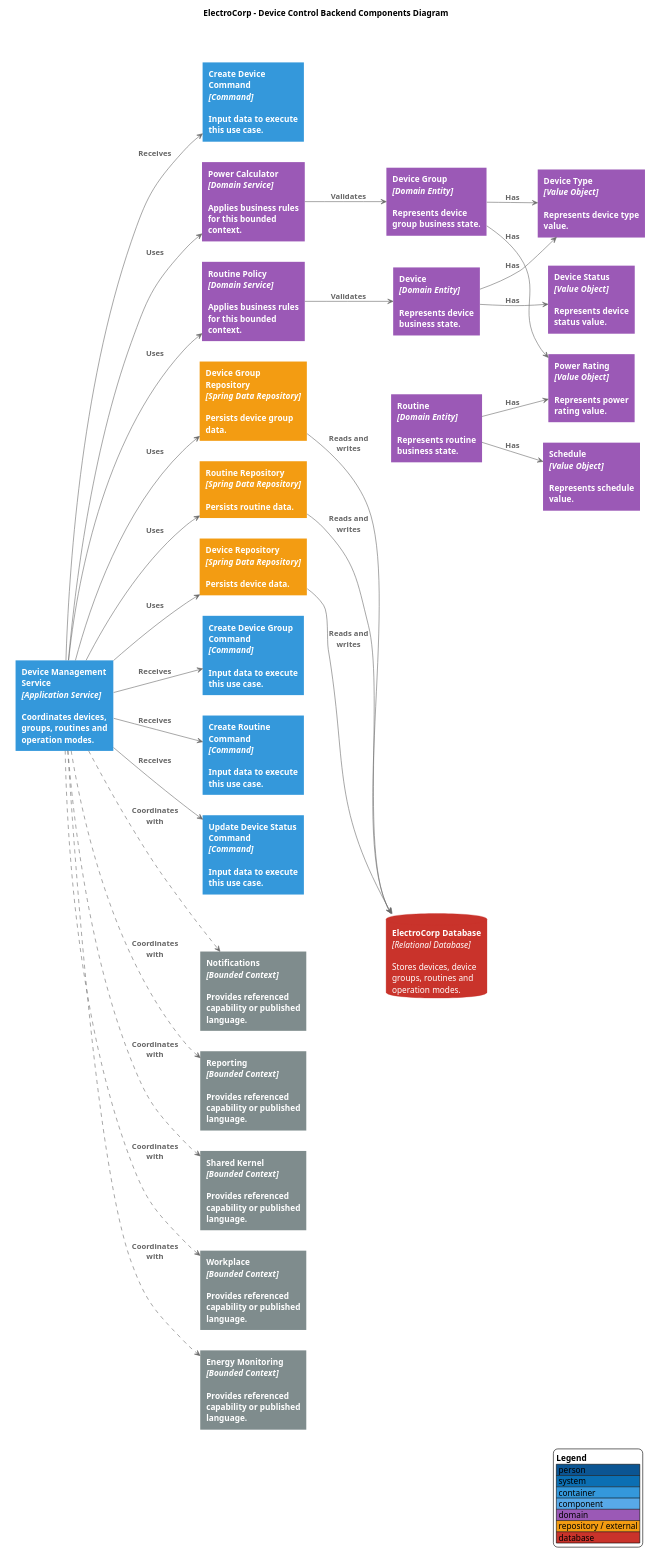
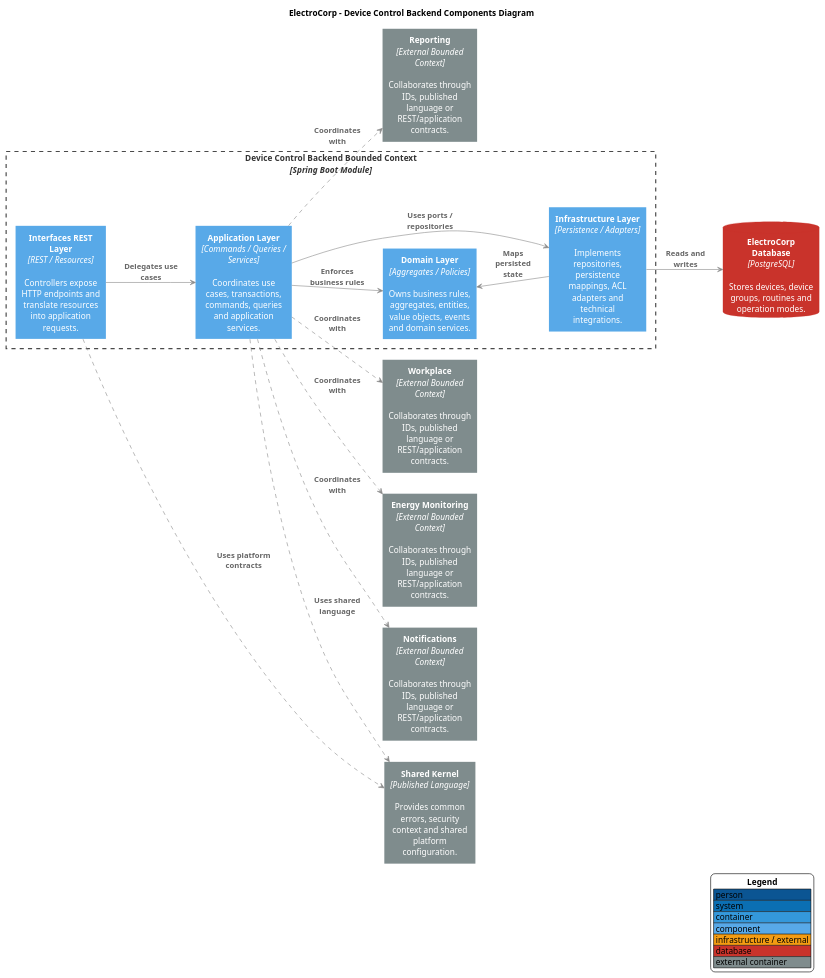
The diagram in docs/diagrams/components/backend/bounded-contexts/device-control-backend-components.puml (upc-pre-202610-1asi0729-11896-ecorp/electrocorp-report), drawn with PlantUML before and after one commit. The commit also changed 29 other files, not shown here.

Commit message:
docs(c4): reorganize component diagrams by context and layers

```diff
--- a/docs/diagrams/components/backend/bounded-contexts/device-control-backend-components.puml
+++ b/docs/diagrams/components/backend/bounded-contexts/device-control-backend-components.puml
@@ -1,88 +1,77 @@
 @startuml
 skinparam backgroundColor #FFFFFF
 skinparam shadowing false
 skinparam defaultFontName Arial
-skinparam wrapWidth 170
-skinparam maxMessageSize 90
-skinparam ArrowColor #6B6B6B
+skinparam defaultTextAlignment center
+skinparam wrapWidth 145
+skinparam maxMessageSize 95
+skinparam ArrowColor #8A8A8A
 skinparam ArrowFontColor #666666
 skinparam ArrowFontStyle bold
+skinparam ArrowThickness 1
 skinparam rectangleRoundCorner 0
 skinparam rectangleBorderThickness 0
 skinparam rectangleFontColor #FFFFFF
-skinparam rectangleFontStyle bold
-skinparam packageStyle rectangle
-skinparam packageBorderColor #555555
-skinparam packageBackgroundColor transparent
-skinparam packageFontColor #444444
-skinparam packageFontStyle bold
+skinparam rectangleFontStyle plain
+skinparam rectangle {
+  BorderThickness 0
+}
+skinparam rectangle<<BoundedContext>> {
+  BackgroundColor transparent
+  BorderColor #4A4A4A
+  BorderThickness 2
+  BorderStyle dashed
+  FontColor #333333
+  FontStyle bold
+}
 skinparam databaseBackgroundColor #C9332B
 skinparam databaseBorderColor #C9332B
 skinparam databaseFontColor #FFFFFF
+skinparam databaseFontStyle plain
 hide stereotype
-title ElectroCorp - Device Control Backend Components Diagram
 left to right direction
 
-package "Device Control Backend Bounded Context\n[container]" {
-  rectangle "<b>Device Management Service</b>\n<i>[Application Service]</i>\n\nCoordinates devices, groups, routines and operation modes." as Service #3498DB
-  rectangle "<b>Create Device Command</b>\n<i>[Command]</i>\n\nInput data to execute this use case." as C0 #3498DB
-  rectangle "<b>Update Device Status Command</b>\n<i>[Command]</i>\n\nInput data to execute this use case." as C1 #3498DB
-  rectangle "<b>Create Routine Command</b>\n<i>[Command]</i>\n\nInput data to execute this use case." as C2 #3498DB
-  rectangle "<b>Create Device Group Command</b>\n<i>[Command]</i>\n\nInput data to execute this use case." as C3 #3498DB
-  rectangle "<b>Routine Policy</b>\n<i>[Domain Service]</i>\n\nApplies business rules for this bounded context." as D0 #9B59B6
-  rectangle "<b>Power Calculator</b>\n<i>[Domain Service]</i>\n\nApplies business rules for this bounded context." as D1 #9B59B6
-  rectangle "<b>Device</b>\n<i>[Domain Entity]</i>\n\nRepresents device business state." as E0 #9B59B6
-  rectangle "<b>Device Group</b>\n<i>[Domain Entity]</i>\n\nRepresents device group business state." as E1 #9B59B6
-  rectangle "<b>Routine</b>\n<i>[Domain Entity]</i>\n\nRepresents routine business state." as E2 #9B59B6
-  rectangle "<b>Device Status</b>\n<i>[Value Object]</i>\n\nRepresents device status value." as V0 #9B59B6
-  rectangle "<b>Device Type</b>\n<i>[Value Object]</i>\n\nRepresents device type value." as V1 #9B59B6
-  rectangle "<b>Power Rating</b>\n<i>[Value Object]</i>\n\nRepresents power rating value." as V2 #9B59B6
-  rectangle "<b>Schedule</b>\n<i>[Value Object]</i>\n\nRepresents schedule value." as V3 #9B59B6
-  rectangle "<b>Device Repository</b>\n<i>[Spring Data Repository]</i>\n\nPersists device data." as R0 #F39C12
-  rectangle "<b>Device Group Repository</b>\n<i>[Spring Data Repository]</i>\n\nPersists device group data." as R1 #F39C12
-  rectangle "<b>Routine Repository</b>\n<i>[Spring Data Repository]</i>\n\nPersists routine data." as R2 #F39C12
+title ElectroCorp - Device Control Backend Components Diagram
+
+rectangle "<b>Device Control Backend Bounded Context</b>\n<i>[Spring Boot Module]</i>" as Boundary <<BoundedContext>> {
+  rectangle "<b>Interfaces REST Layer</b>\n<i>[REST / Resources]</i>\n\nControllers expose HTTP endpoints and translate resources into application requests." as Interfaces #58A9E8
+  rectangle "<b>Application Layer</b>\n<i>[Commands / Queries / Services]</i>\n\nCoordinates use cases, transactions, commands, queries and application services." as Application #58A9E8
+  rectangle "<b>Domain Layer</b>\n<i>[Aggregates / Policies]</i>\n\nOwns business rules, aggregates, entities, value objects, events and domain services." as Domain #58A9E8
+  rectangle "<b>Infrastructure Layer</b>\n<i>[Persistence / Adapters]</i>\n\nImplements repositories, persistence mappings, ACL adapters and technical integrations." as Infrastructure #58A9E8
 }
-database "<b>ElectroCorp Database</b>\n<i>[Relational Database]</i>\n\nStores devices, device groups, routines and operation modes." as Database
-package "Connected Bounded Contexts\n[external containers]" {
-  rectangle "<b>Workplace</b>\n<i>[Bounded Context]</i>\n\nProvides referenced capability or published language." as Dep0 #7F8C8D
-  rectangle "<b>Energy Monitoring</b>\n<i>[Bounded Context]</i>\n\nProvides referenced capability or published language." as Dep1 #7F8C8D
-  rectangle "<b>Notifications</b>\n<i>[Bounded Context]</i>\n\nProvides referenced capability or published language." as Dep2 #7F8C8D
-  rectangle "<b>Reporting</b>\n<i>[Bounded Context]</i>\n\nProvides referenced capability or published language." as Dep3 #7F8C8D
-  rectangle "<b>Shared Kernel</b>\n<i>[Bounded Context]</i>\n\nProvides referenced capability or published language." as Dep4 #7F8C8D
-}
-Service --> C0 : Receives
-Service --> C1 : Receives
-Service --> C2 : Receives
-Service --> C3 : Receives
-Service --> D0 : Uses
-Service --> D1 : Uses
-Service --> R0 : Uses
-Service --> R1 : Uses
-Service --> R2 : Uses
-D0 --> E0 : Validates
-D1 --> E1 : Validates
-E0 --> V0 : Has
-E0 --> V1 : Has
-E1 --> V1 : Has
-E1 --> V2 : Has
-E2 --> V2 : Has
-E2 --> V3 : Has
-R0 --> Database : Reads and writes
-R1 --> Database : Reads and writes
-R2 --> Database : Reads and writes
-Service ..> Dep0 : Coordinates with
-Service ..> Dep1 : Coordinates with
-Service ..> Dep2 : Coordinates with
-Service ..> Dep3 : Coordinates with
-Service ..> Dep4 : Coordinates with
+
+database "<b>ElectroCorp Database</b>\n<i>[PostgreSQL]</i>\n\nStores devices, device groups, routines and operation modes." as Database
+rectangle "<b>Shared Kernel</b>\n<i>[Published Language]</i>\n\nProvides common errors, security context and shared platform configuration." as Shared #7F8C8D
+rectangle "<b>Workplace</b>\n<i>[External Bounded Context]</i>\n\nCollaborates through IDs, published language or REST/application contracts." as Dep0 #7F8C8D
+rectangle "<b>Energy Monitoring</b>\n<i>[External Bounded Context]</i>\n\nCollaborates through IDs, published language or REST/application contracts." as Dep1 #7F8C8D
+rectangle "<b>Notifications</b>\n<i>[External Bounded Context]</i>\n\nCollaborates through IDs, published language or REST/application contracts." as Dep2 #7F8C8D
+rectangle "<b>Reporting</b>\n<i>[External Bounded Context]</i>\n\nCollaborates through IDs, published language or REST/application contracts." as Dep3 #7F8C8D
+
+Interfaces --> Application : Delegates use cases
+Application --> Domain : Enforces business rules
+Application --> Infrastructure : Uses ports / repositories
+Infrastructure --> Domain : Maps persisted state
+Infrastructure --> Database : Reads and writes
+Interfaces ..> Shared : Uses platform contracts
+Application ..> Shared : Uses shared language
+Application ..> Dep0 : Coordinates with
+Application ..> Dep1 : Coordinates with
+Application ..> Dep2 : Coordinates with
+Application ..> Dep3 : Coordinates with
+
+Interfaces -[hidden]right- Application
+Application -[hidden]right- Domain
+Domain -[hidden]right- Infrastructure
+
 legend right
   <b>Legend</b>
   |<#0B5593> person |
   |<#0B6FB3> system |
   |<#3498DB> container |
   |<#58A9E8> component |
-  |<#9B59B6> domain |
-  |<#F39C12> repository / external |
+  |<#F39C12> infrastructure / external |
   |<#C9332B> database |
+  |<#7F8C8D> external container |
 endlegend
+
 @enduml
```
